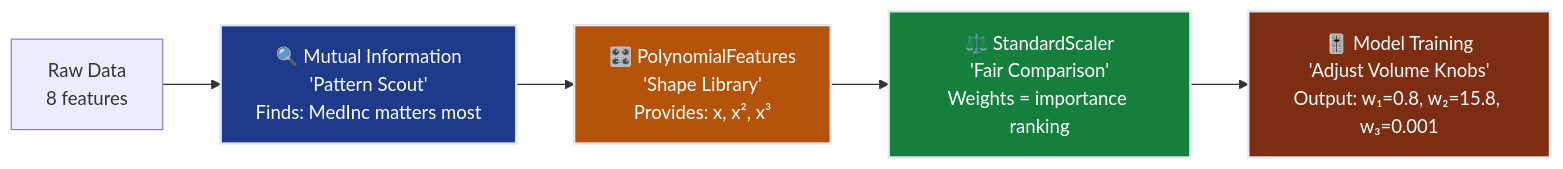
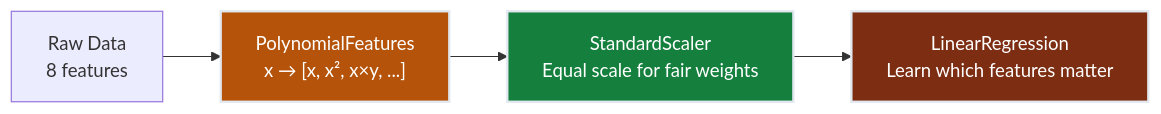
The second of 7 diagrams in notes/ML/01_regression/ch04_polynomial_features/README.md (deepakshamsft/ai-portfolio), drawn with Mermaid before and after one commit. The commit also changed other lines of this file and 10 other files, not shown here.

Commit message:
polynomial features fixes

````diff
--- a/notes/ML/01_regression/ch04_polynomial_features/README.md
+++ b/notes/ML/01_regression/ch04_polynomial_features/README.md
@@ -97,12 +164,10 @@
 ```mermaid
 flowchart LR
-    DATA["Raw Data<br/>8 features"] --> MI["🔍 Mutual Information<br/>'Pattern Scout'<br/>Finds: MedInc matters most"]
-    MI --> POLY["🎛️ PolynomialFeatures<br/>'Shape Library'<br/>Provides: x, x², x³"]
-    POLY --> SCALE["⚖️ StandardScaler<br/>'Fair Comparison'<br/>Weights = importance ranking"]
-    SCALE --> FIT["🎚️ Model Training<br/>'Adjust Volume Knobs'<br/>Output: w₁=0.8, w₂=15.8, w₃=0.001"]
+    DATA["Raw Data<br/>8 features"] --> POLY["PolynomialFeatures<br/>x → [x, x², x×y, ...]"]
+    POLY --> SCALE["StandardScaler<br/>Equal scale for fair weights"]
+    SCALE --> FIT["LinearRegression<br/>Learn which features matter"]
     
-    style MI fill:#1e3a8a,stroke:#e2e8f0,stroke-width:2px,color:#ffffff
     style POLY fill:#b45309,stroke:#e2e8f0,stroke-width:2px,color:#ffffff
     style SCALE fill:#15803d,stroke:#e2e8f0,stroke-width:2px,color:#ffffff
     style FIT fill:#7c2d12,stroke:#e2e8f0,stroke-width:2px,color:#ffffff
 ```
````
